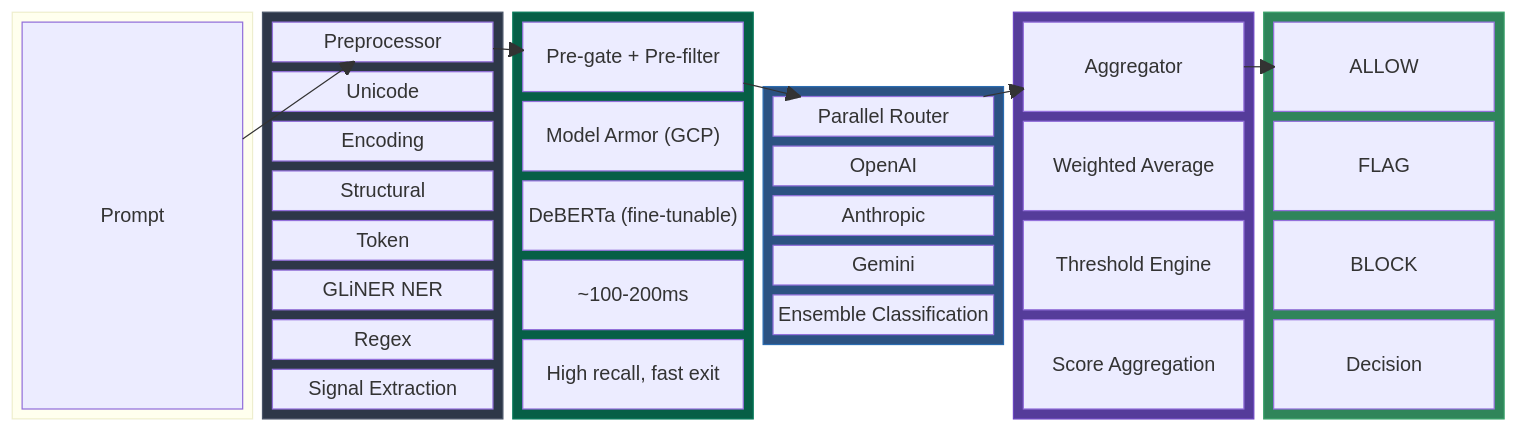
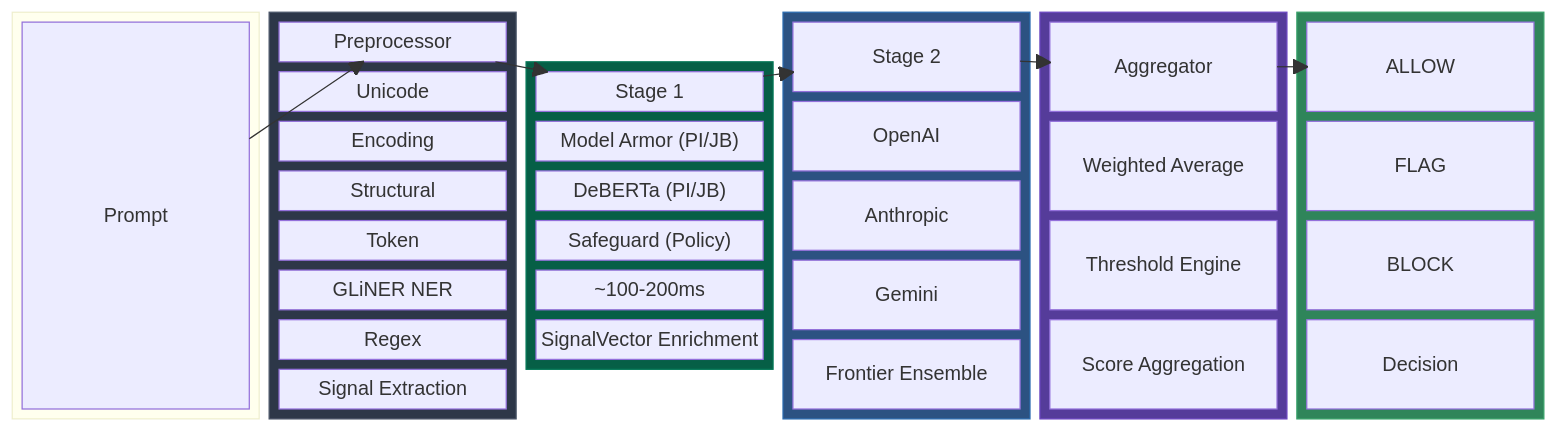
One commit to prashantkul/injection-guard changed the first of 2 diagrams in README.md. Above: the diagram before and after it, drawn with Mermaid. The commit also changed other lines of this file and 17 other files, not shown here.

First line of the commit message:
feat: Stage 1 signal enrichment, quorum fail-closed, safety policy refactor

````diff
--- a/README.md
+++ b/README.md
@@ -23,66 +23,67 @@
 ```mermaid
 block-beta
   columns 6
 
   block:input:1
     columns 1
     A["Prompt"]
   end
 
   block:preprocess:1
     columns 1
     style preprocess fill:#2d3748,color:#fff,stroke:#4a5568
     B["Preprocessor"]
     B1["Unicode"]
     B2["Encoding"]
     B3["Structural"]
     B4["Token"]
     B5["GLiNER NER"]
     B6["Regex"]
     BP["Signal Extraction"]
   end
 
-  block:fast:1
+  block:stage1:1
     columns 1
-    style fast fill:#065f46,color:#fff,stroke:#047857
-    F["Pre-gate + Pre-filter"]
-    F0["Model Armor (GCP)"]
-    F1["DeBERTa (fine-tunable)"]
-    F2["~100-200ms"]
-    FP["High recall, fast exit"]
+    style stage1 fill:#065f46,color:#fff,stroke:#047857
+    S1["Stage 1"]
+    S1A["Model Armor (PI/JB)"]
+    S1B["DeBERTa (PI/JB)"]
+    S1C["Safeguard (Policy)"]
+    S1D["~100-200ms"]
+    S1P["SignalVector Enrichment"]
   end
 
-  block:classify:1
+  block:stage2:1
     columns 1
-    style classify fill:#2c5282,color:#fff,stroke:#2b6cb0
-    C["Parallel Router"]
-    C1["OpenAI"]
-    C2["Anthropic"]
-    C3["Gemini"]
-    CP["Ensemble Classification"]
+    style stage2 fill:#2c5282,color:#fff,stroke:#2b6cb0
+    S2["Stage 2"]
+    S2A["OpenAI"]
+    S2B["Anthropic"]
+    S2C["Gemini"]
+    S2P["Frontier Ensemble"]
   end
 
   block:decide:1
     columns 1
     style decide fill:#553c9a,color:#fff,stroke:#6b46c1
     D["Aggregator"]
     D1["Weighted Average"]
     D2["Threshold Engine"]
     DP["Score Aggregation"]
   end
 
   block:output:1
     columns 1
     style output fill:#2f855a,color:#fff,stroke:#38a169
     E1["ALLOW"]
     E2["FLAG"]
     E3["BLOCK"]
     EP["Decision"]
   end
 
   A --> B
-  B --> F
-  F --> C
-  C --> D
+  B --> S1
+  S1 --> S2
+  S2 --> D
   D --> E1
 ```
````
